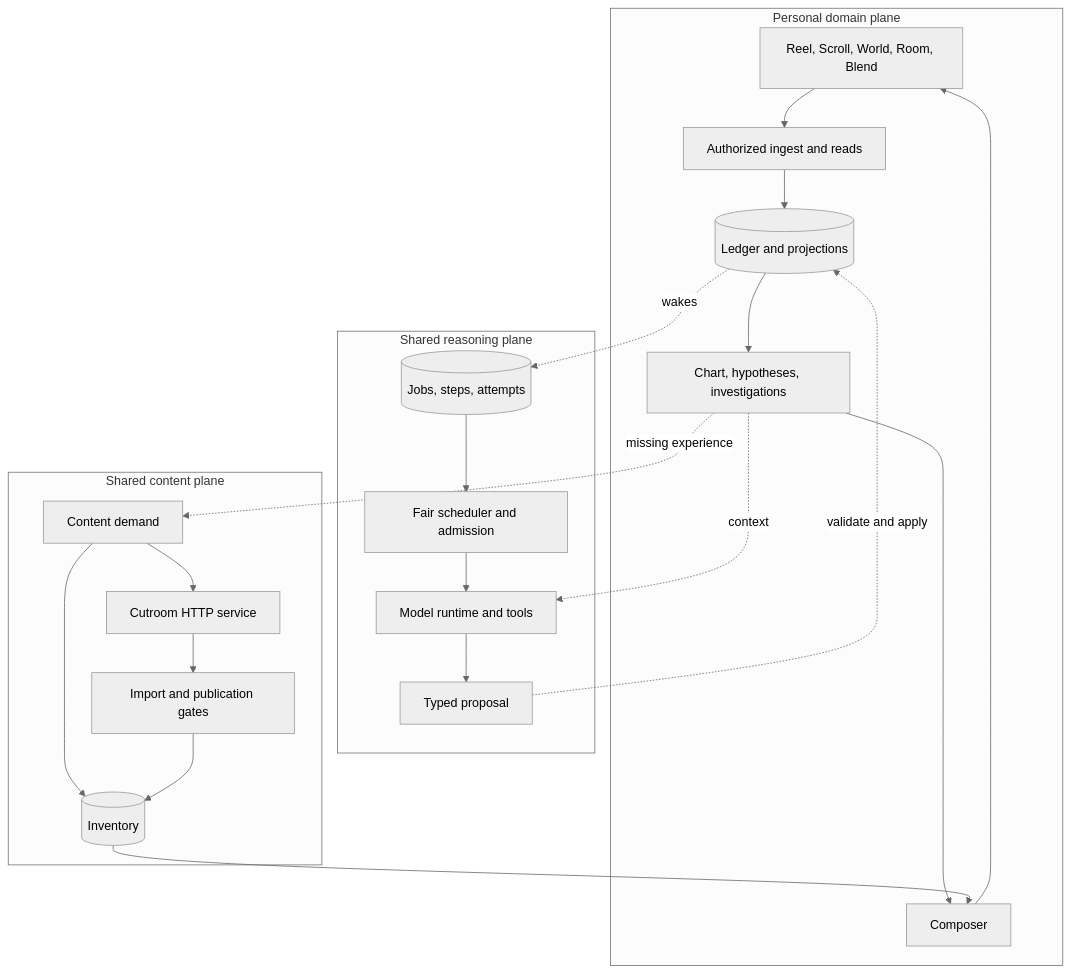
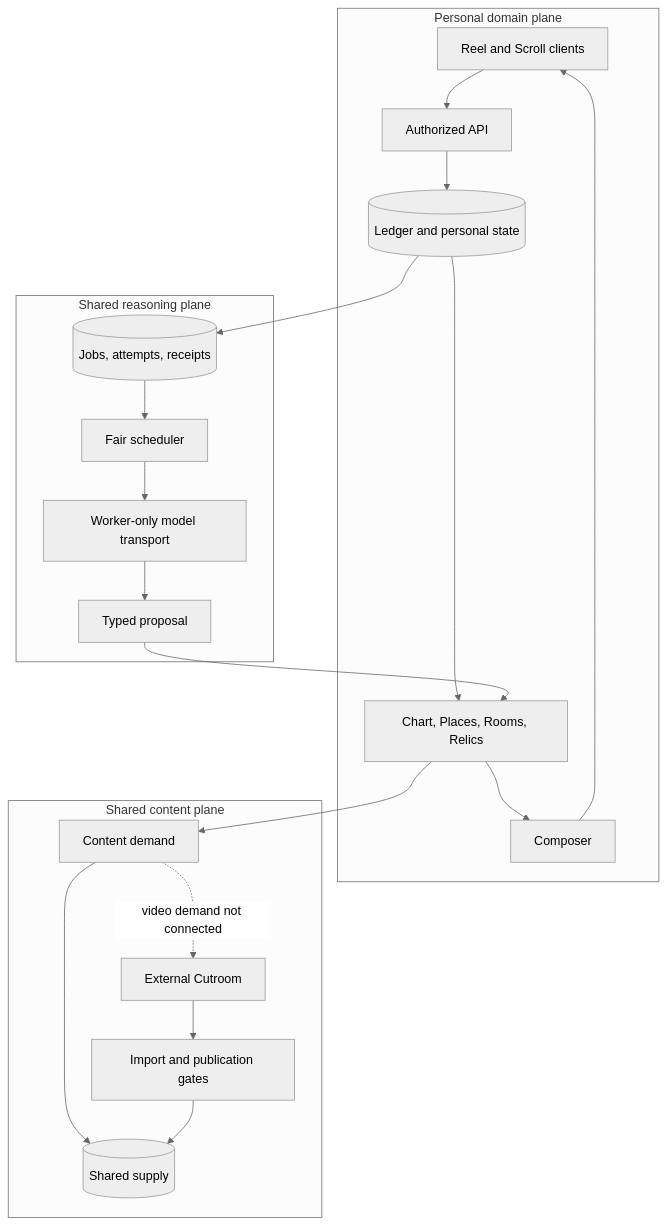
The first of 16 diagrams in docs/flowwalk/knowscroll-codebase-architecture-guide.md (KnowScroll/knowscroll), drawn with Mermaid (neutral theme) before and after one commit. The commit also changed other lines of this file, not shown here.

Commit message:
docs: refresh architecture guide for current system (#72)

````diff
--- a/docs/flowwalk/knowscroll-codebase-architecture-guide.md
+++ b/docs/flowwalk/knowscroll-codebase-architecture-guide.md
@@ -84,37 +38,30 @@
 ```mermaid
 flowchart TB
-    subgraph Personal[Personal domain plane]
-        UI[Reel, Scroll, World, Room, Blend]
-        API[Authorized ingest and reads]
-        Ledger[(Ledger and projections)]
-        Composer[Composer]
-        World[Chart, hypotheses, investigations]
-        UI --> API --> Ledger
-        Ledger --> World
-        Composer --> UI
-        World --> Composer
-    end
-
-    subgraph Compute[Shared reasoning plane]
-        Jobs[(Jobs, steps, attempts)]
-        Scheduler[Fair scheduler and admission]
-        Runtime[Model runtime and tools]
-        Proposal[Typed proposal]
-        Jobs --> Scheduler --> Runtime --> Proposal
-    end
-
-    subgraph Supply[Shared content plane]
-        Demand[Content demand]
-        Inventory[(Inventory)]
-        Cutroom[Cutroom HTTP service]
-        Gates[Import and publication gates]
-        Demand --> Inventory
-        Demand --> Cutroom --> Gates --> Inventory
-    end
-
-    Ledger -. wakes .-> Jobs
-    World -. context .-> Runtime
-    Proposal -. validate and apply .-> Ledger
-    World -. missing experience .-> Demand
-    Inventory --> Composer
+  subgraph Personal[Personal domain plane]
+    UI[Reel and Scroll clients]
+    API[Authorized API]
+    Ledger[(Ledger and personal state)]
+    Composer[Composer]
+    Atlas[Chart, Places, Rooms, Relics]
+    UI --> API --> Ledger
+    Ledger --> Atlas --> Composer --> UI
+  end
+  subgraph Reasoning[Shared reasoning plane]
+    Jobs[(Jobs, attempts, receipts)]
+    Fair[Fair scheduler]
+    Model[Worker-only model transport]
+    Proposal[Typed proposal]
+    Jobs --> Fair --> Model --> Proposal
+  end
+  subgraph Supply[Shared content plane]
+    Demand[Content demand]
+    Inventory[(Shared supply)]
+    Cutroom[External Cutroom]
+    Gates[Import and publication gates]
+    Demand --> Inventory
+    Demand -. video demand not connected .-> Cutroom --> Gates --> Inventory
+  end
+  Ledger --> Jobs
+  Proposal --> Atlas
+  Atlas --> Demand
 ```
````
